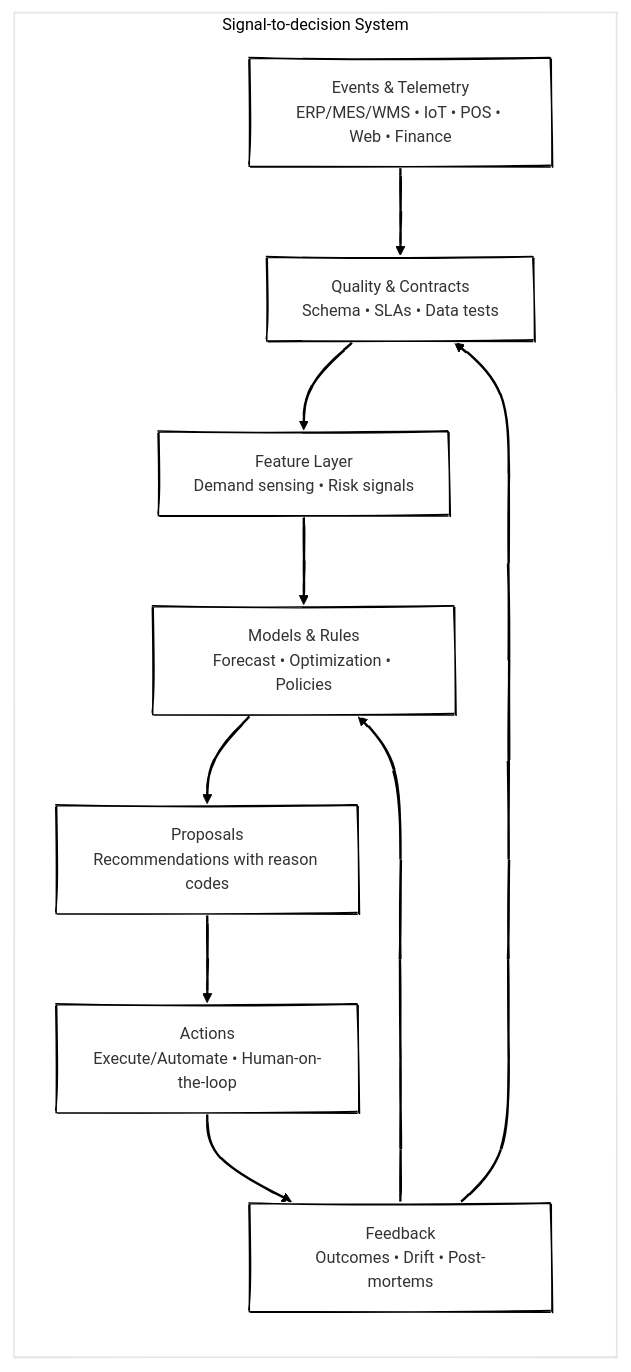
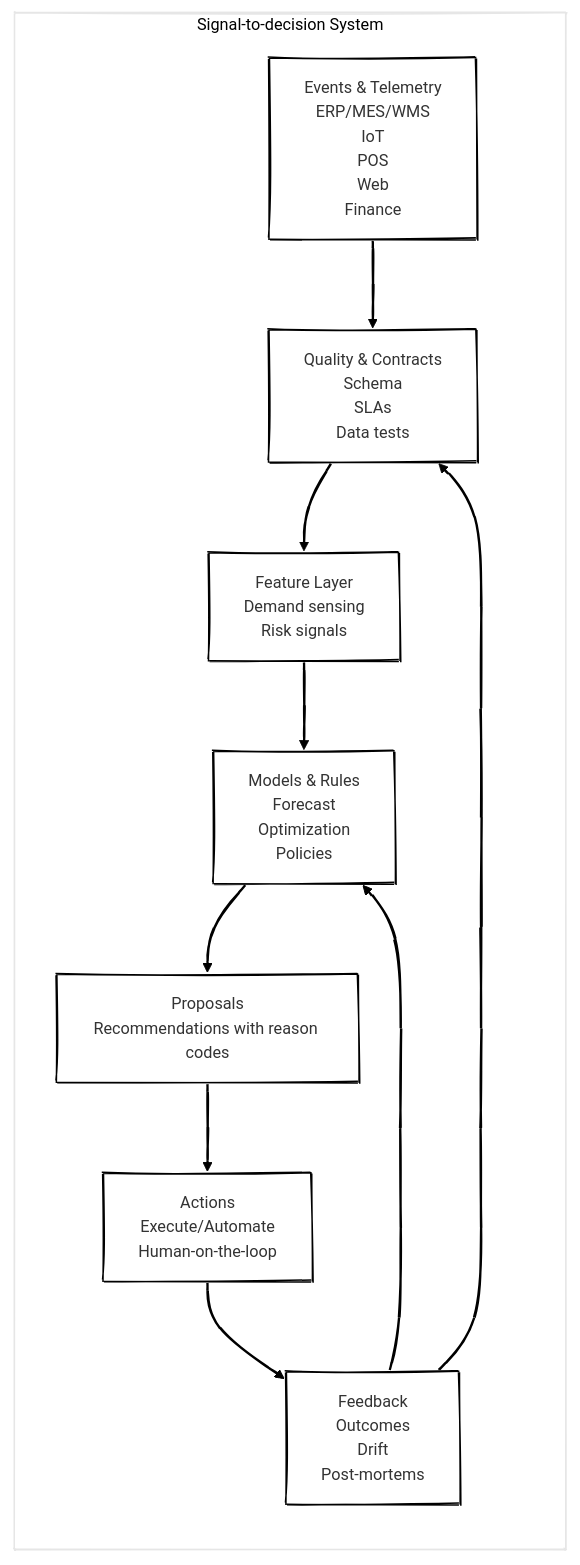
The second of 8 diagrams in posts/from-planning-to-orchestration-reimagining-enterprise-beyond-S&OP/index.qmd (antomon/antomon.github.io), drawn with Mermaid before and after one commit. The commit also changed other lines of this file and 4 other files, not shown here.

````diff
--- a/posts/from-planning-to-orchestration-reimagining-enterprise-beyond-S&OP/index.qmd
+++ b/posts/from-planning-to-orchestration-reimagining-enterprise-beyond-S&OP/index.qmd
@@ -162,19 +162,19 @@
 ```{mermaid}
-%%| label: signal-pipeline
+%%| label: fig-signal-pipeline
 %%| fig-cap: Signals over snapshots, end-to-end decision pipeline
 %%| fig-alt: From raw events and telemetry to decisions and actions with feedback
 %%| fig-align: "center"
 %%{init: {"theme": "neo", "look": "handDrawn"}}%%
 
 flowchart LR
 
 subgraph SYS["Signal-to-decision System"]
-    E["Events & Telemetry<br>ERP/MES/WMS • IoT • POS • Web • Finance"] --> Q["Quality & Contracts<br>Schema • SLAs • Data tests"]
-    Q --> F["Feature Layer<br>Demand sensing • Risk signals"]
-    F --> M["Models & Rules<br>Forecast • Optimization • Policies"]
+    E["Events & Telemetry<br>ERP/MES/WMS<br/>IoT<br/>POS<br/>Web<br/>Finance"] --> Q["Quality & Contracts<br>Schema<br/>SLAs<br/>Data tests"]
+    Q --> F["Feature Layer<br>Demand sensing<br/>Risk signals"]
+    F --> M["Models & Rules<br>Forecast<br/>Optimization<br/>Policies"]
     M --> P["Proposals<br>Recommendations with reason codes"]
-    P --> A["Actions<br>Execute/Automate • Human-on-the-loop"]
-    A --> FB["Feedback<br>Outcomes • Drift • Post-mortems"]
+    P --> A["Actions<br>Execute/Automate<br/>Human-on-the-loop"]
+    A --> FB["Feedback<br>Outcomes<br/>Drift<br/>Post-mortems"]
     FB --> M & Q
 end
 ```
````
